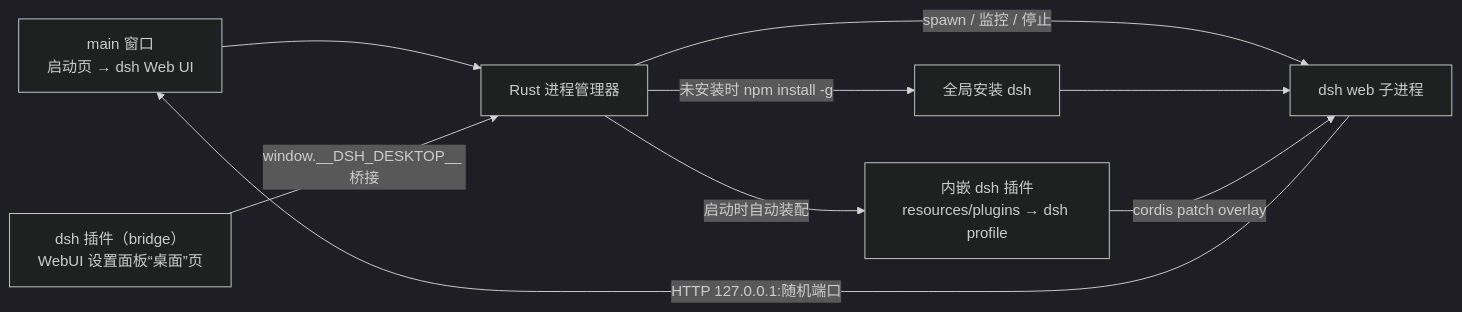
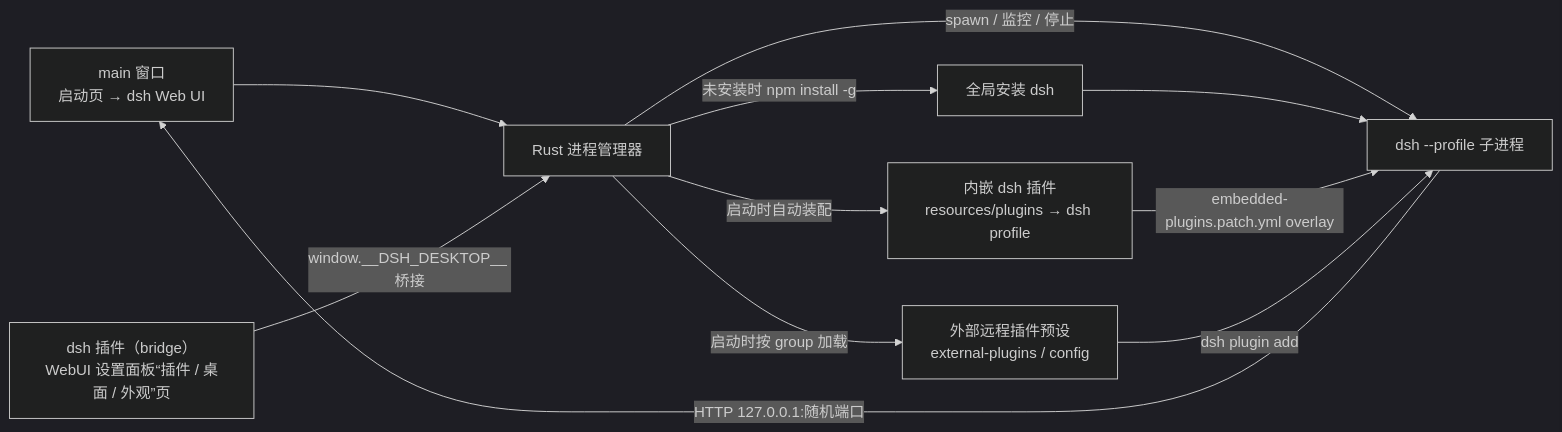
Before and after one commit to NoelOrin/dsh-desktop: the diagram in README.md, drawn with Mermaid (dark theme). The commit also changed other lines of this file and 13 other files, not shown here.

````diff
--- a/README.md
+++ b/README.md
@@ -39,11 +41,13 @@
 ```mermaid
 flowchart LR
   A[main 窗口<br/>启动页 → dsh Web UI] --> B[Rust 进程管理器]
-  B -->|spawn / 监控 / 停止| C[dsh web 子进程]
+  B -->|spawn / 监控 / 停止| C[dsh --profile <active> 子进程]
   C -->|HTTP 127.0.0.1:随机端口| A
   B -->|未安装时 npm install -g| D[全局安装 dsh]
   D --> C
-  E[dsh 插件（bridge）<br/>WebUI 设置面板“桌面”页] -->|window.__DSH_DESKTOP__ 桥接| B
+  E[dsh 插件（bridge）<br/>WebUI 设置面板“插件 / 桌面 / 外观”页] -->|window.__DSH_DESKTOP__ 桥接| B
   B -->|启动时自动装配| F[内嵌 dsh 插件<br/>resources/plugins → dsh profile]
-  F -->|cordis patch overlay| C
+  F -->|embedded-plugins.patch.yml overlay| C
+  B -->|启动时按 group 加载| G[外部远程插件预设<br/>external-plugins / config]
+  G -->|dsh plugin add| C
 ```
````
